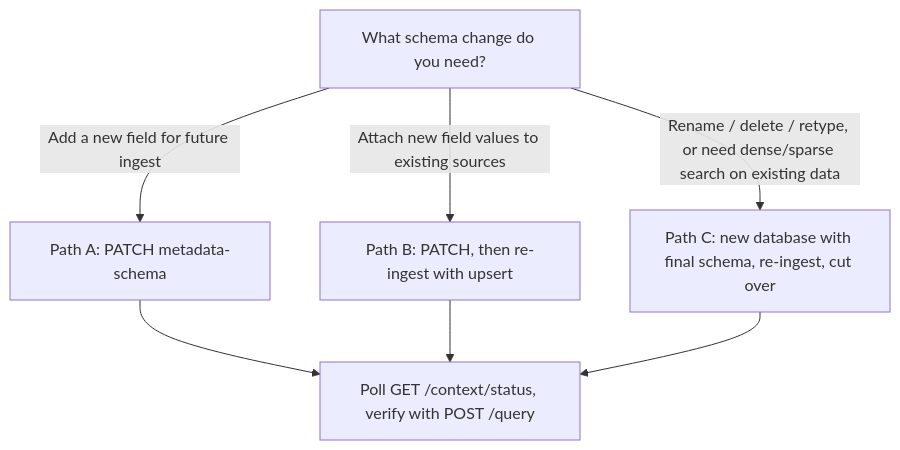
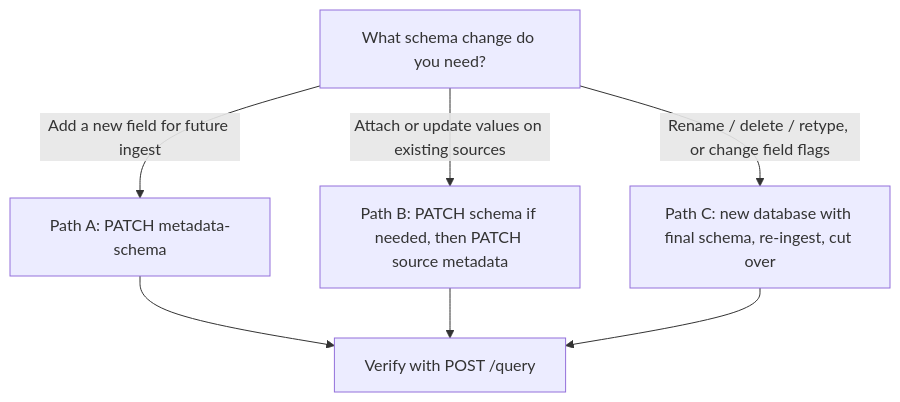
One commit to hydra-db/mintlify-docs changed the diagram in essentials/v2/metadata-schema-migration.mdx. Above: the diagram before and after it, drawn with Mermaid. The commit also changed other lines of this file, not shown here.

Commit message:
docs: use source-metadata PATCH for metadata-only migration

````diff
--- a/essentials/v2/metadata-schema-migration.mdx
+++ b/essentials/v2/metadata-schema-migration.mdx
@@ -27,9 +34,9 @@
 ```mermaid
 flowchart TD
   start["What schema change do you need?"] -->|"Add a new field for future ingest"| add["Path A: PATCH metadata-schema"]
-  start -->|"Attach new field values to existing sources"| reingest["Path B: PATCH, then re-ingest with upsert"]
-  start -->|"Rename / delete / retype, or need dense/sparse search on existing data"| rebuild["Path C: new database with final schema, re-ingest, cut over"]
-  add --> verify["Poll GET /context/status, verify with POST /query"]
-  reingest --> verify
+  start -->|"Attach or update values on existing sources"| merge["Path B: PATCH schema if needed, then PATCH source metadata"]
+  start -->|"Rename / delete / retype, or change field flags"| rebuild["Path C: new database with final schema, re-ingest, cut over"]
+  add --> verify["Verify with POST /query"]
+  merge --> verify
   rebuild --> verify
 ```
````
